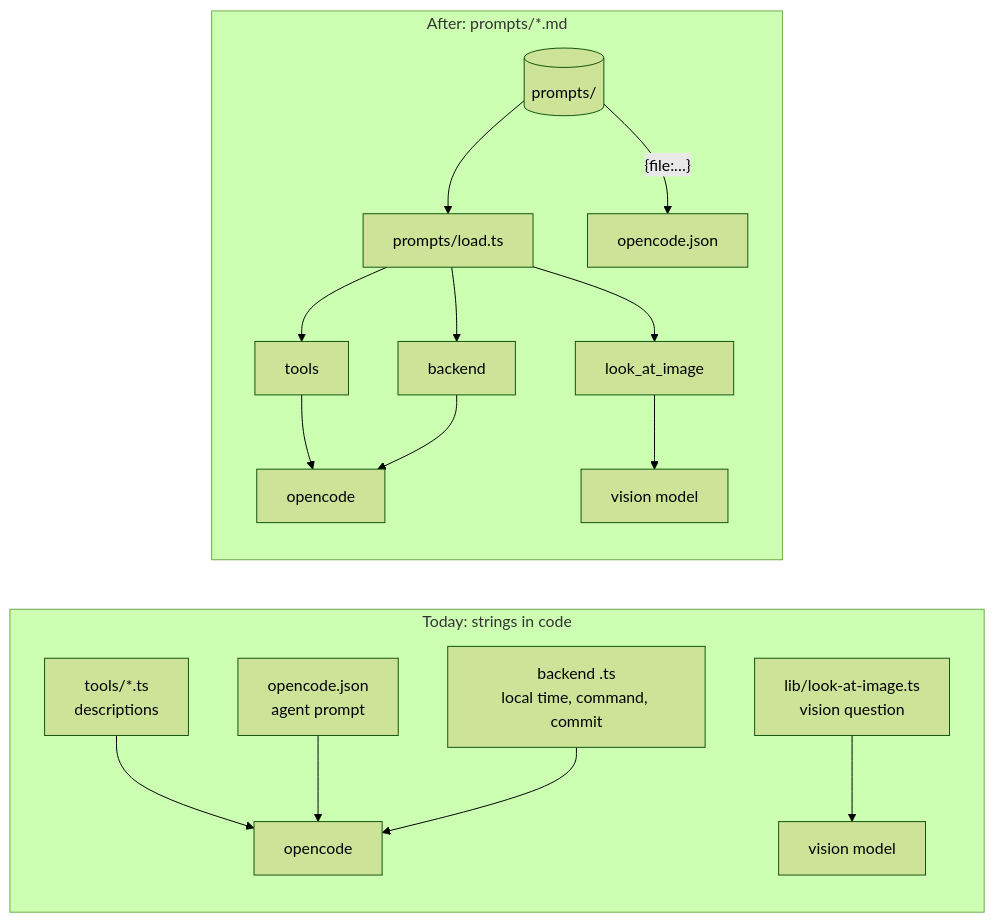
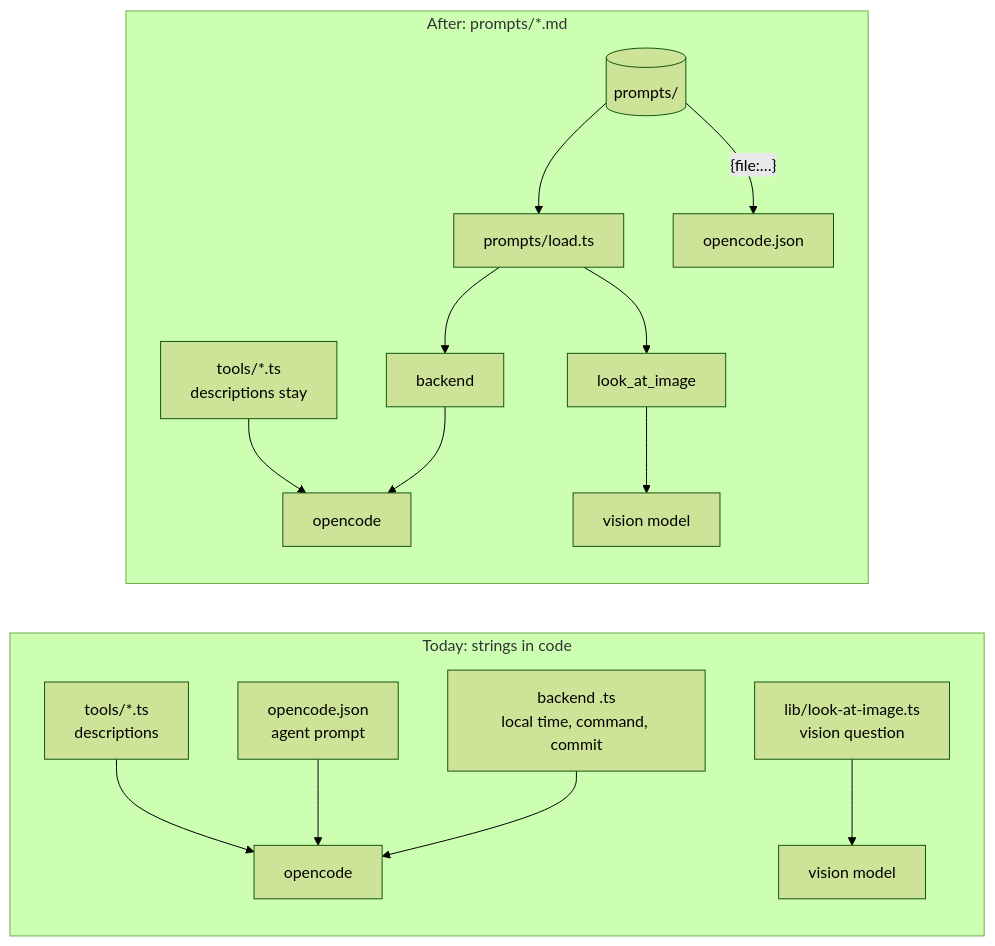
One commit to tillg/karpathy.app changed the diagram in specs/changes/prompts-as-md-files/proposal.md. Above: the diagram before and after it, drawn with Mermaid (forest theme). The commit also changed other lines of this file and 27 other files, not shown here.

````diff
--- a/specs/changes/prompts-as-md-files/proposal.md
+++ b/specs/changes/prompts-as-md-files/proposal.md
@@ -62,16 +71,16 @@
 ```mermaid
 flowchart LR
   subgraph today[Today: strings in code]
     T[tools/*.ts<br/>descriptions] --> OC[opencode]
     J[opencode.json<br/>agent prompt] --> OC
     B[backend .ts<br/>local time, command, commit] --> OC
     V[lib/look-at-image.ts<br/>vision question] --> VM[vision model]
   end
   subgraph after[After: prompts/*.md]
     P[(prompts/)] --> L[prompts/load.ts]
-    L --> T2[tools] --> OC2[opencode]
+    T2[tools/*.ts<br/>descriptions stay] --> OC2[opencode]
     L --> B2[backend] --> OC2
     L --> V2[look_at_image] --> VM2[vision model]
     P -- "{file:…}" --> J2[opencode.json]
   end
 ```
````
